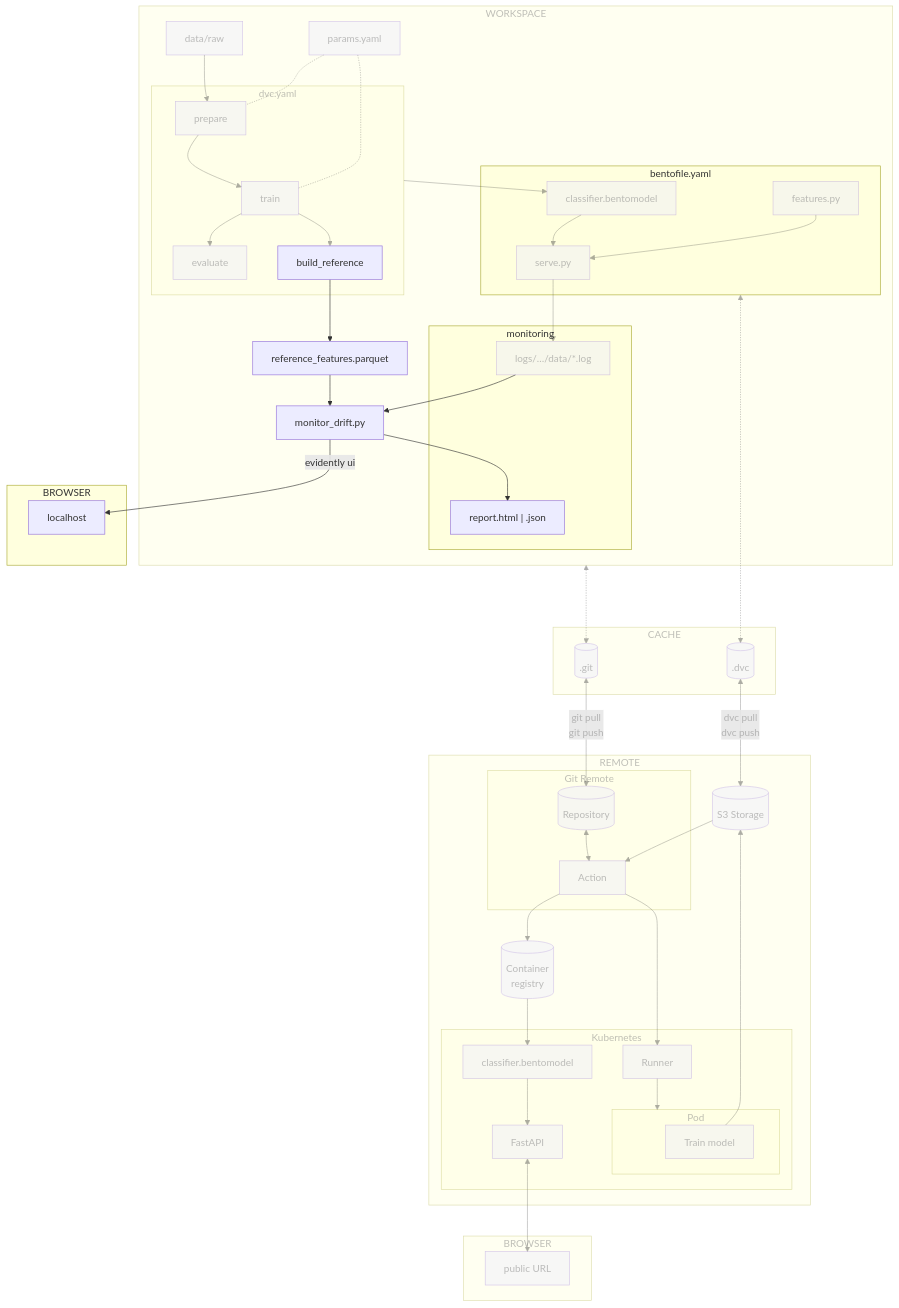
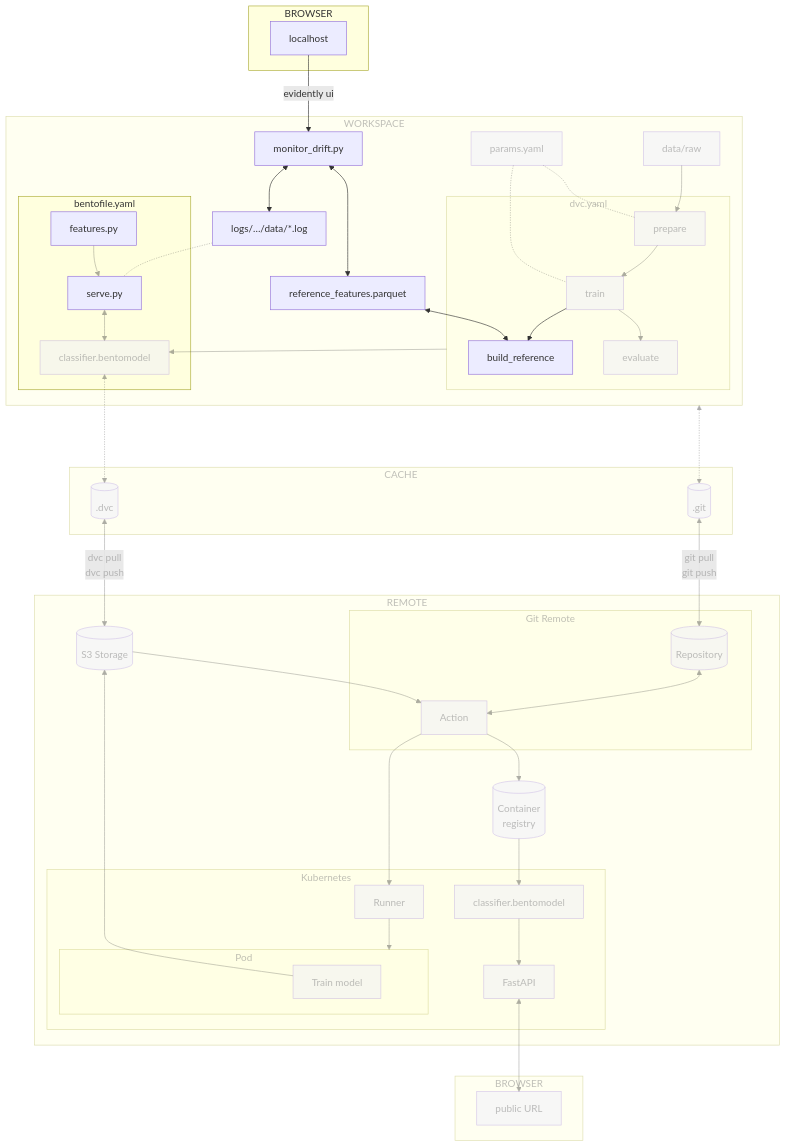
Before and after one commit to swiss-ai-center/a-guide-to-mlops: the diagram in docs/part-4-monitor-and-maintain/chapter-42-detect-drift-locally-with-evidently-ai.md, drawn with Mermaid. The commit also changed other lines of this file and 6 other files, not shown here.

````diff
--- a/docs/part-4-monitor-and-maintain/chapter-42-detect-drift-locally-with-evidently-ai.md
+++ b/docs/part-4-monitor-and-maintain/chapter-42-detect-drift-locally-with-evidently-ai.md
@@ -40,35 +40,29 @@
     end
 
     subgraph workspaceGraph[WORKSPACE]
-        dvcGraph --> bento_model[classifier.bentomodel]
+        drift_logs["logs/…/data/*.log"] -.- serve
         subgraph bentoGraph[bentofile.yaml]
-            bento_model --> serve[serve.py]
+            serve[serve.py] <--> bento_model[classifier.bentomodel]
             features[features.py] --> serve
         end
-        bentoGraph <-.-> dot_dvc
+        bento_model <-.-> dot_dvc
 
         data --> prepare
-        params[params.yaml] -.- prepare
         subgraph dvcGraph["dvc.yaml"]
             prepare --> train
+            train --> build_reference
             train --> evaluate
-            train --> build_reference
         end
         params -.- train
+        params[params.yaml] -.- prepare
+        dvcGraph --> bento_model
+        reference_features[reference_features.parquet] <--> build_reference
+        monitor_drift[monitor_drift.py] <--> reference_features
+        monitor_drift <--> drift_logs
+    end
 
-        subgraph monitoringGraph[monitoring]
-            drift_logs["logs/…/data/*.log"]
-            drift_report["report.html | .json"]
-        end
-        monitor_drift[monitor_drift.py]
-        serve --> drift_logs
-        build_reference --> reference_features[reference_features.parquet]
-        reference_features --> monitor_drift
-        drift_logs --> monitor_drift
-        monitor_drift --> drift_report
-    end
     subgraph browserLocalGraph[BROWSER]
-        monitor_drift --> |evidently ui| localhost
+        localhost --> |evidently ui| monitor_drift
     end
 
     subgraph remoteGraph[REMOTE]
@@ -110,9 +104,6 @@
     style evaluate opacity:0.4,color:#7f7f7f80
     style dvcGraph opacity:0.4,color:#7f7f7f80
     style bento_model opacity:0.4,color:#7f7f7f80
-    style features opacity:0.4,color:#7f7f7f80
-    style serve opacity:0.4,color:#7f7f7f80
-    style drift_logs opacity:0.4,color:#7f7f7f80
     style dot_git opacity:0.4,color:#7f7f7f80
     style dot_dvc opacity:0.4,color:#7f7f7f80
     style repository opacity:0.4,color:#7f7f7f80
@@ -133,11 +124,11 @@
     linkStyle 6 opacity:0.4,color:#7f7f7f80
     linkStyle 7 opacity:0.4,color:#7f7f7f80
     linkStyle 8 opacity:0.4,color:#7f7f7f80
-    linkStyle 9 opacity:0.4,color:#7f7f7f80
     linkStyle 10 opacity:0.4,color:#7f7f7f80
     linkStyle 11 opacity:0.4,color:#7f7f7f80
     linkStyle 12 opacity:0.4,color:#7f7f7f80
     linkStyle 13 opacity:0.4,color:#7f7f7f80
+    linkStyle 18 opacity:0.4,color:#7f7f7f80
     linkStyle 19 opacity:0.4,color:#7f7f7f80
     linkStyle 20 opacity:0.4,color:#7f7f7f80
     linkStyle 21 opacity:0.4,color:#7f7f7f80
@@ -146,5 +137,4 @@
     linkStyle 24 opacity:0.4,color:#7f7f7f80
     linkStyle 25 opacity:0.4,color:#7f7f7f80
     linkStyle 26 opacity:0.4,color:#7f7f7f80
-    linkStyle 27 opacity:0.4,color:#7f7f7f80
 ```
````
